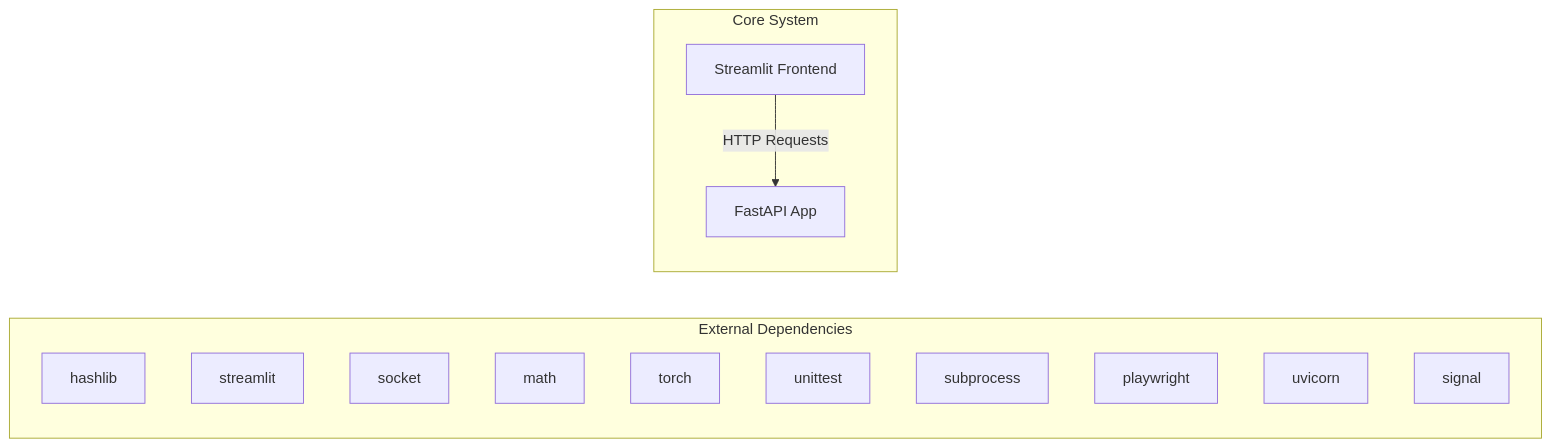
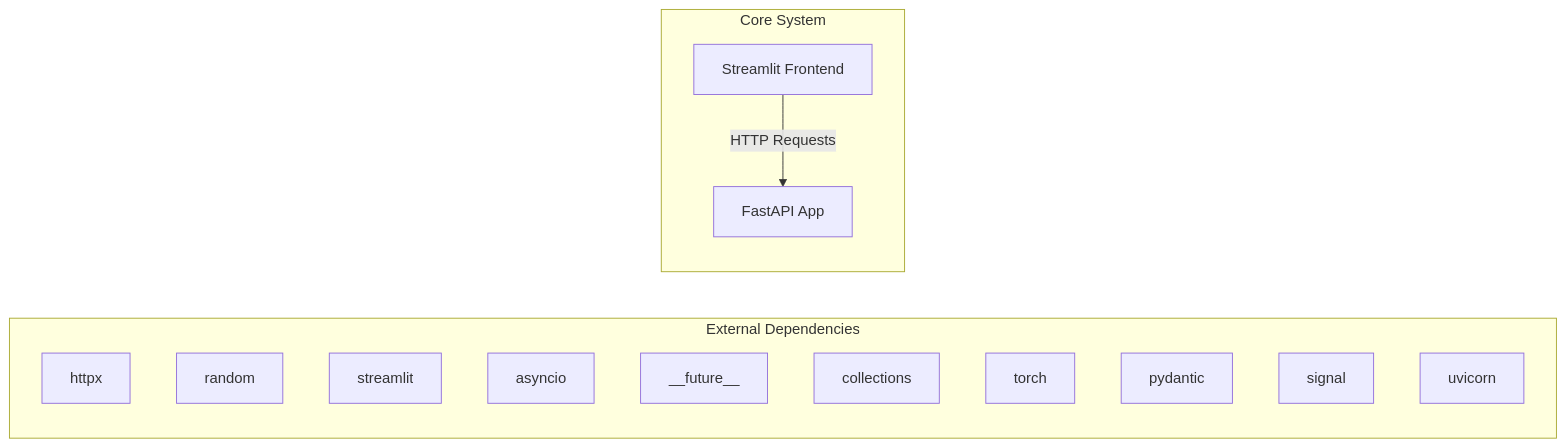
Before and after one commit to NITISH-R-G/rag-context-optimizer: the first of 2 diagrams in docs/architecture.md, drawn with Mermaid. The commit also changed 1 other file, not shown here.

Commit message:
docs: auto-update repository knowledge, architecture diagrams, and documentation

````diff
--- a/docs/architecture.md
+++ b/docs/architecture.md
@@ -7,20 +7,20 @@
 ```mermaid
 graph LR
     subgraph External Dependencies
-        E0["hashlib"]
-        E1["streamlit"]
-        E2["socket"]
-        E3["math"]
-        E4["torch"]
-        E5["unittest"]
-        E6["subprocess"]
-        E7["playwright"]
-        E8["uvicorn"]
-        E9["signal"]
+        E0["httpx"]
+        E1["random"]
+        E2["streamlit"]
+        E3["asyncio"]
+        E4["__future__"]
+        E5["collections"]
+        E6["torch"]
+        E7["pydantic"]
+        E8["signal"]
+        E9["uvicorn"]
     end
     subgraph Core System
         API["FastAPI App"]
         UI["Streamlit Frontend"]
     end
     UI -->|HTTP Requests| API
 ```
````
